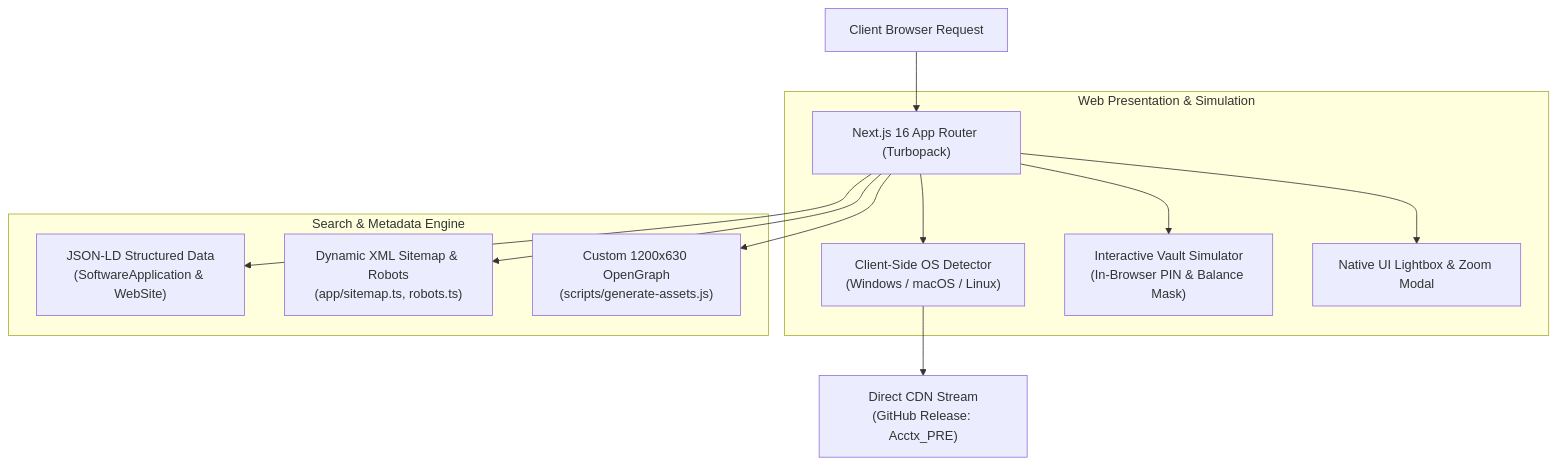
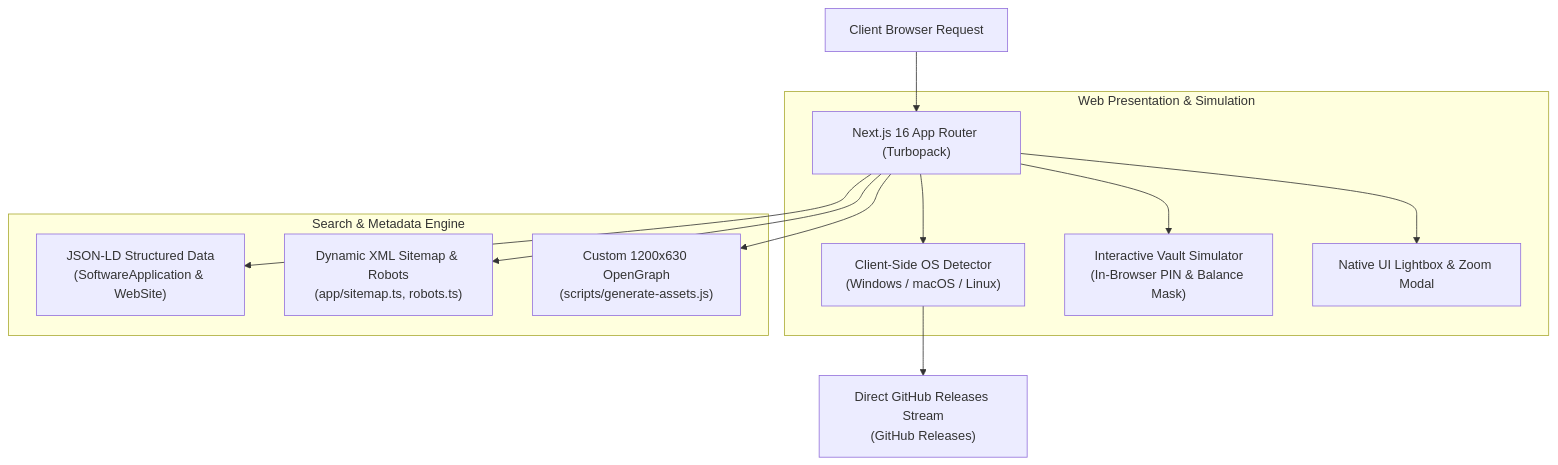
Before and after one commit to RishiBose961/Acctx-Web: the diagram in README.md, drawn with Mermaid. The commit also changed other lines of this file and 4 other files, not shown here.

Commit message:
fix: update application release URL to GitHub releases

````diff
--- a/README.md
+++ b/README.md
@@ -41,18 +41,18 @@
 ```mermaid
 flowchart TD
     Client["Client Browser Request"] --> NextApp["Next.js 16 App Router (Turbopack)"]
     
     subgraph FrontendEngine ["Web Presentation & Simulation"]
         NextApp --> OSEngine["Client-Side OS Detector\n(Windows / macOS / Linux)"]
         NextApp --> SimEngine["Interactive Vault Simulator\n(In-Browser PIN & Balance Mask)"]
         NextApp --> GalleryEngine["Native UI Lightbox & Zoom Modal"]
     end
 
     subgraph SEOPipeline ["Search & Metadata Engine"]
         NextApp --> SchemaGen["JSON-LD Structured Data\n(SoftwareApplication & WebSite)"]
         NextApp --> SitemapGen["Dynamic XML Sitemap & Robots\n(app/sitemap.ts, robots.ts)"]
         NextApp --> SocialCards["Custom 1200x630 OpenGraph\n(scripts/generate-assets.js)"]
     end
 
-    OSEngine --> GitHubReleases["Direct CDN Stream\n(GitHub Release: Acctx_PRE)"]
+    OSEngine --> GitHubReleases["Direct GitHub Releases Stream\n(GitHub Releases)"]
 ```
````
